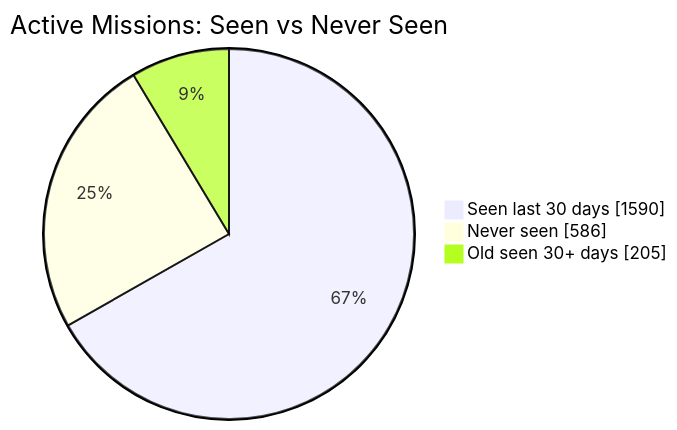
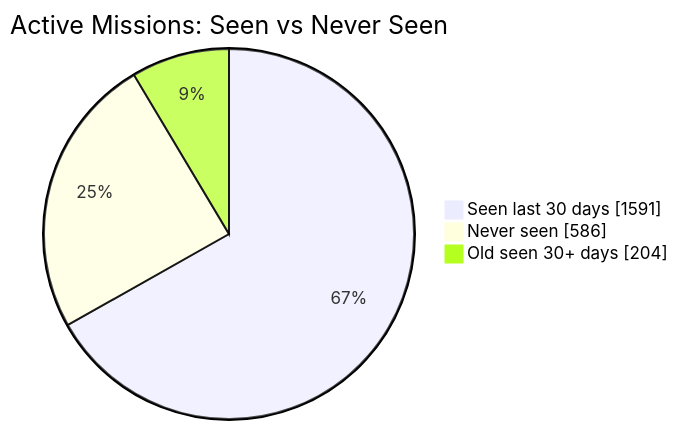
The first of 2 diagrams in README.md (MeldkamerspelGameTeam/active-missions), drawn with Mermaid before and after one commit. The commit also changed other lines of this file and 2 other files, not shown here.

````diff
--- a/README.md
+++ b/README.md
@@ -34,7 +34,7 @@
 ```mermaid
 pie showData
     title Active Missions: Seen vs Never Seen
-    "Seen last 30 days" : 1590
+    "Seen last 30 days" : 1591
     "Never seen" : 586
-    "Old seen 30+ days" : 205
+    "Old seen 30+ days" : 204
 ```
````
